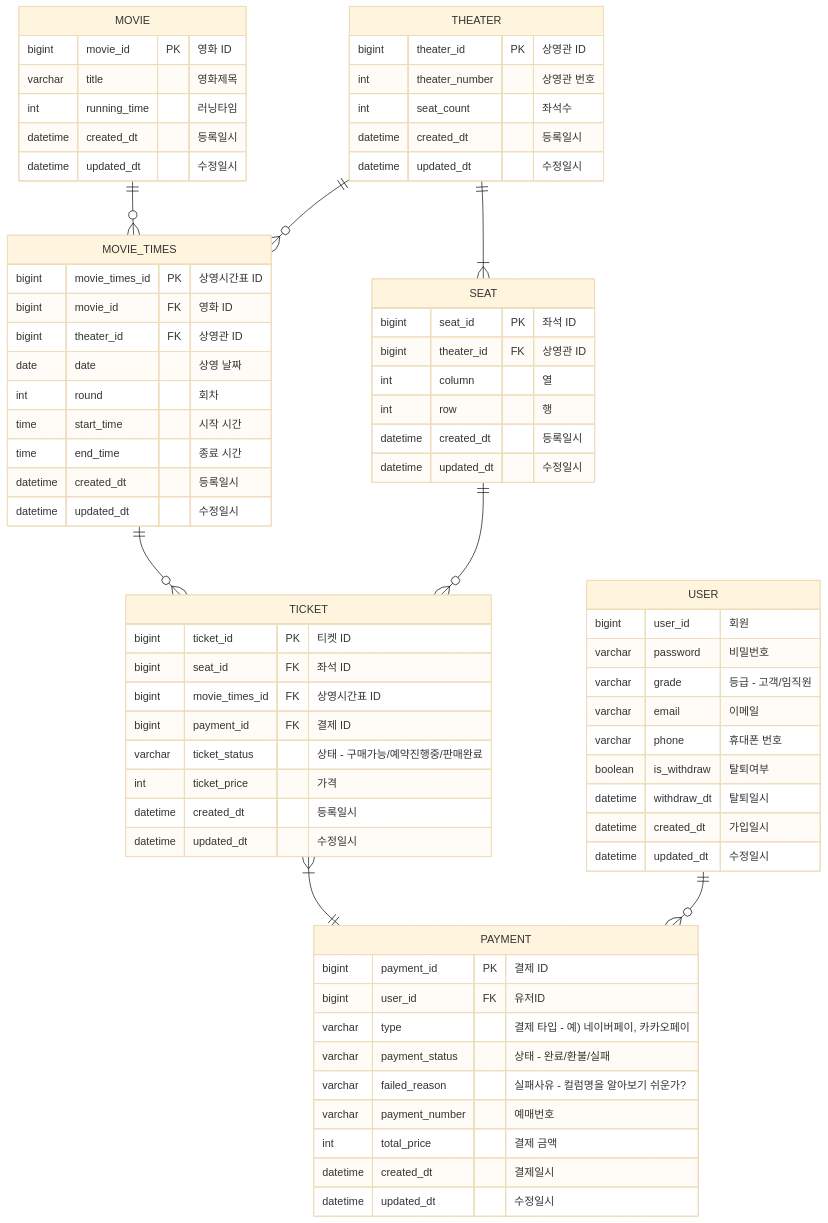
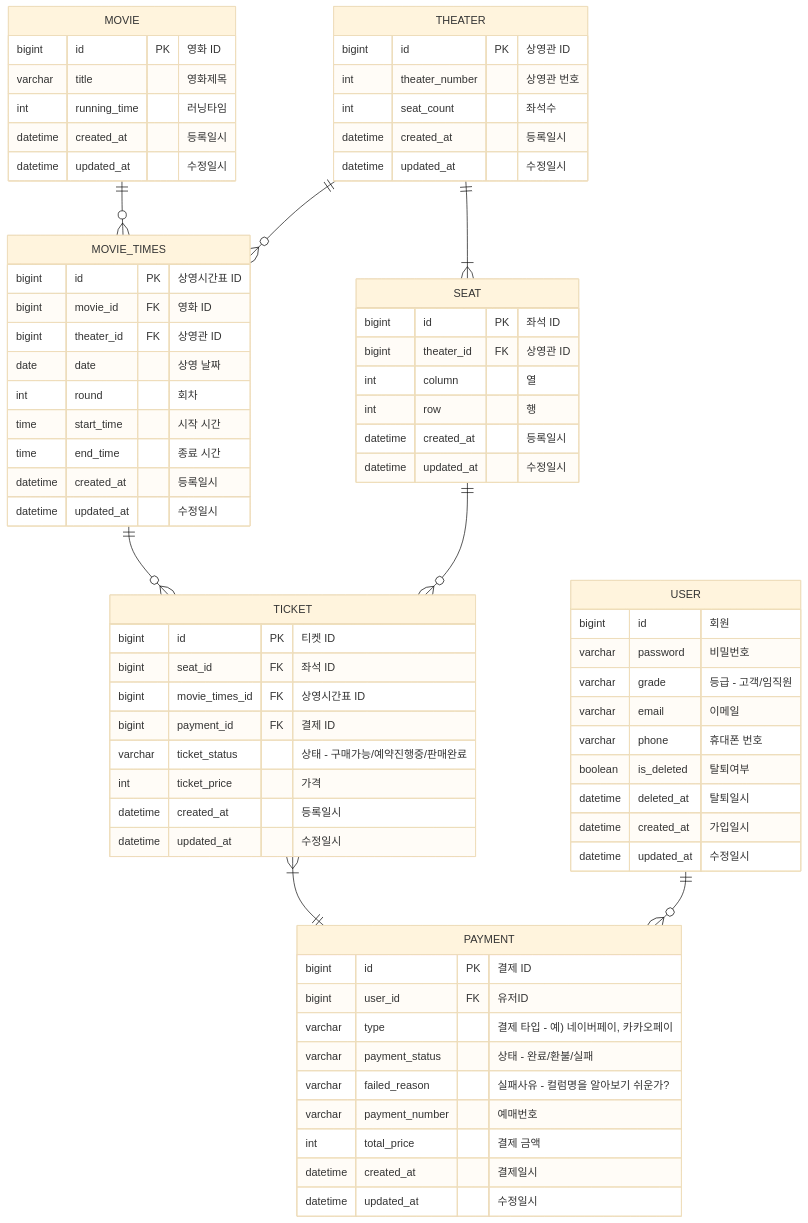
The diagram in README.md (kdhyo/mermaidTest), drawn with Mermaid (base theme) before and after one commit.

Commit message:
docs: erd 수정

````diff
--- a/README.md
+++ b/README.md
@@ -4,75 +4,75 @@
 ``` mermaid
 erDiagram
     MOVIE ||--o{ MOVIE_TIMES : ""
     MOVIE {
-        bigint movie_id PK "영화 ID"
+        bigint id PK "영화 ID"
         varchar title "영화제목"
         int running_time "러닝타임"
-        datetime created_dt "등록일시"
-        datetime updated_dt "수정일시"
+        datetime created_at "등록일시"
+        datetime updated_at "수정일시"
     }
     THEATER ||--o{ MOVIE_TIMES : ""
     THEATER ||--|{ SEAT : ""
     THEATER {
-        bigint theater_id PK "상영관 ID"
+        bigint id PK "상영관 ID"
         int theater_number "상영관 번호"
         int seat_count "좌석수"
-        datetime created_dt "등록일시"
-        datetime updated_dt "수정일시"
+        datetime created_at "등록일시"
+        datetime updated_at "수정일시"
     }
     SEAT ||--o{ TICKET : ""
     SEAT {
-        bigint seat_id PK "좌석 ID"
+        bigint id PK "좌석 ID"
         bigint theater_id FK "상영관 ID"
         int column "열"
         int row "행"
-        datetime created_dt "등록일시"
-        datetime updated_dt "수정일시"
+        datetime created_at "등록일시"
+        datetime updated_at "수정일시"
     }
     MOVIE_TIMES ||--o{ TICKET : ""
     MOVIE_TIMES {
-        bigint movie_times_id PK "상영시간표 ID"
+        bigint id PK "상영시간표 ID"
         bigint movie_id FK "영화 ID"
         bigint theater_id FK "상영관 ID"
         date date "상영 날짜"
         int round "회차"
         time start_time "시작 시간"
         time end_time "종료 시간"
-        datetime created_dt "등록일시"
-        datetime updated_dt "수정일시"
+        datetime created_at "등록일시"
+        datetime updated_at "수정일시"
     }
     TICKET {
-        bigint ticket_id PK "티켓 ID"
+        bigint id PK "티켓 ID"
         bigint seat_id FK "좌석 ID"
         bigint movie_times_id FK "상영시간표 ID"
         bigint payment_id FK "결제 ID"
         varchar ticket_status "상태 - 구매가능/예약진행중/판매완료"
         int ticket_price "가격"
-        datetime created_dt "등록일시"
-        datetime updated_dt "수정일시"
+        datetime created_at "등록일시"
+        datetime updated_at "수정일시"
     }
     TICKET }|--|| PAYMENT : ""
     PAYMENT {
-        bigint payment_id PK "결제 ID"
+        bigint id PK "결제 ID"
         bigint user_id FK "유저ID"
         varchar type "결제 타입 - 예) 네이버페이, 카카오페이"
         varchar payment_status "상태 - 완료/환불/실패"
         varchar failed_reason "실패사유 - 컬럼명을 알아보기 쉬운가?"
         varchar payment_number "예매번호"
         int total_price "결제 금액"
-        datetime created_dt "결제일시"
-        datetime updated_dt "수정일시"
+        datetime created_at "결제일시"
+        datetime updated_at "수정일시"
     }
     USER ||--o{ PAYMENT : ""
     USER {
-        bigint user_id "회원"
+        bigint id "회원"
         varchar password "비밀번호"
         varchar grade "등급 - 고객/임직원"
         varchar email "이메일"
         varchar phone "휴대폰 번호"
-        boolean is_withdraw "탈퇴여부"
-        datetime withdraw_dt "탈퇴일시"
-        datetime created_dt "가입일시"
-        datetime updated_dt "수정일시"
+        boolean is_deleted "탈퇴여부"
+        datetime deleted_at "탈퇴일시"
+        datetime created_at "가입일시"
+        datetime updated_at "수정일시"
     }
 ```
````
